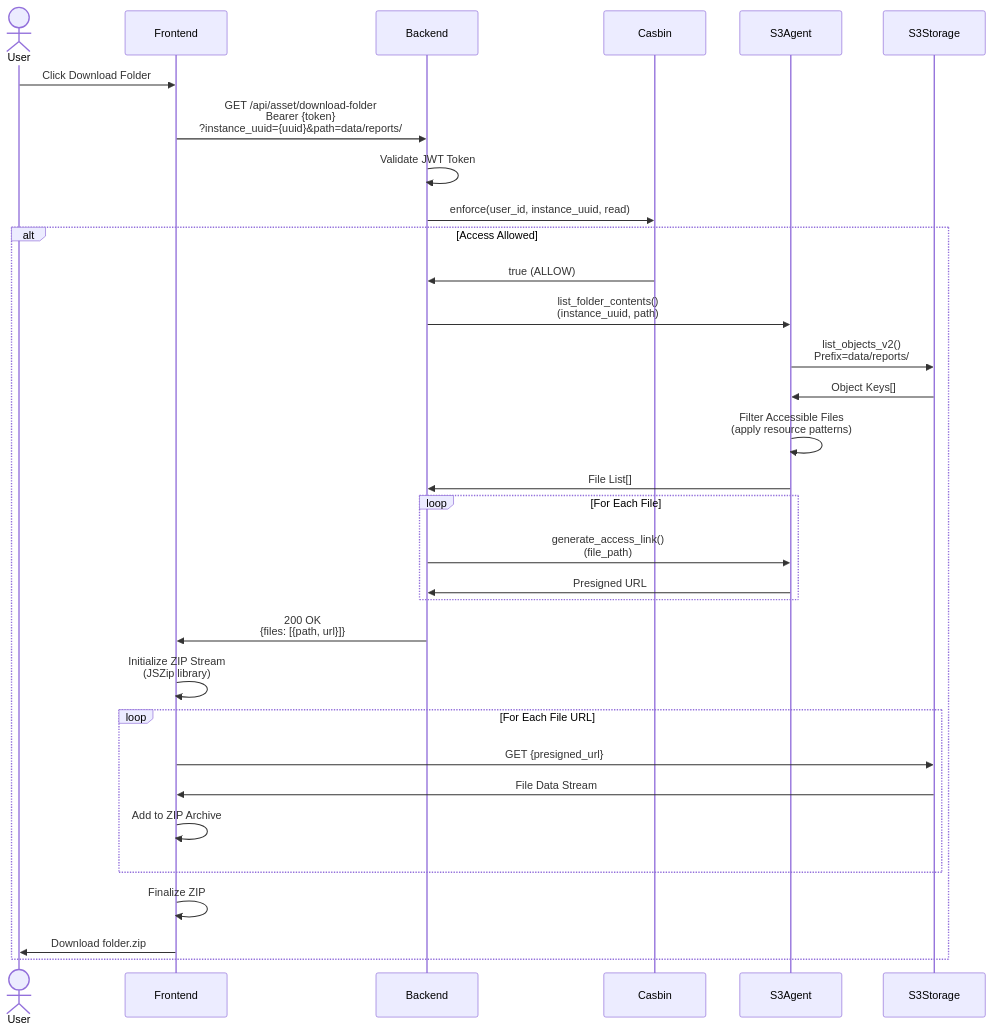
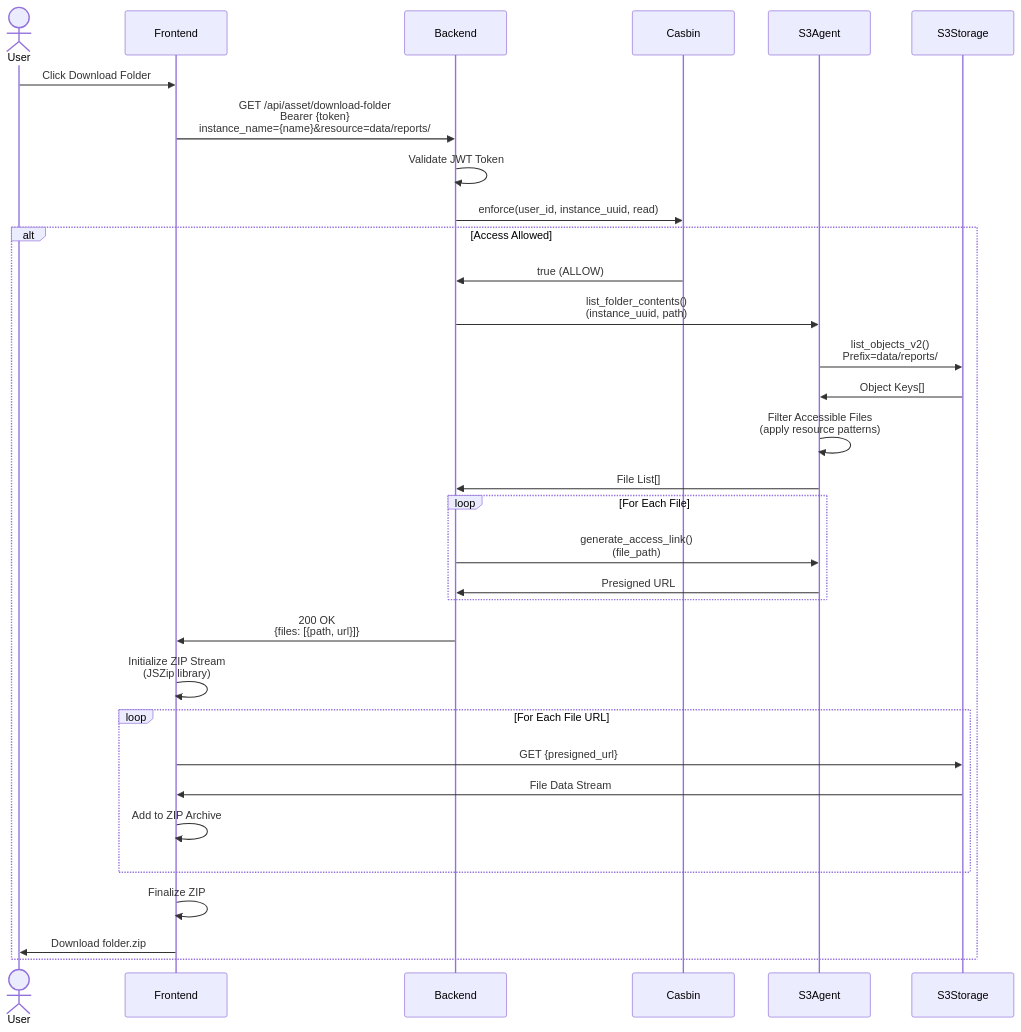
The fourth of 6 diagrams in docs/diagrams/sequence-storage-access.md (INN-SFU/Data-Portal), drawn with Mermaid before and after one commit. The commit also changed other lines of this file and 13 other files, not shown here.

````diff
--- a/docs/diagrams/sequence-storage-access.md
+++ b/docs/diagrams/sequence-storage-access.md
@@ -176,47 +176,47 @@
 ```mermaid
 sequenceDiagram
     actor User
     participant Frontend
     participant Backend
     participant Casbin
     participant S3Agent
     participant S3Storage
 
     User->>Frontend: Click Download Folder
-    Frontend->>Backend: GET /api/asset/download-folder<br/>Bearer {token}<br/>?instance_uuid={uuid}&path=data/reports/
+    Frontend->>Backend: GET /api/asset/download-folder<br/>Bearer {token}<br/>instance_name={name}&resource=data/reports/
 
     Backend->>Backend: Validate JWT Token
     Backend->>Casbin: enforce(user_id, instance_uuid, read)
 
     alt Access Allowed
         Casbin->>Backend: true (ALLOW)
 
         Backend->>S3Agent: list_folder_contents()<br/>(instance_uuid, path)
 
         S3Agent->>S3Storage: list_objects_v2()<br/>Prefix=data/reports/
 
         S3Storage->>S3Agent: Object Keys[]
 
         S3Agent->>S3Agent: Filter Accessible Files<br/>(apply resource patterns)
 
         S3Agent->>Backend: File List[]
 
         loop For Each File
             Backend->>S3Agent: generate_access_link()<br/>(file_path)
             S3Agent->>Backend: Presigned URL
         end
 
         Backend->>Frontend: 200 OK<br/>{files: [{path, url}]}
 
         Frontend->>Frontend: Initialize ZIP Stream<br/>(JSZip library)
 
         loop For Each File URL
             Frontend->>S3Storage: GET {presigned_url}
             S3Storage->>Frontend: File Data Stream
             Frontend->>Frontend: Add to ZIP Archive
         end
 
         Frontend->>Frontend: Finalize ZIP
         Frontend->>User: Download folder.zip
     end
 ```
````
